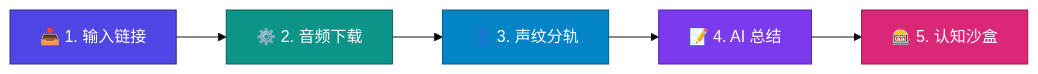
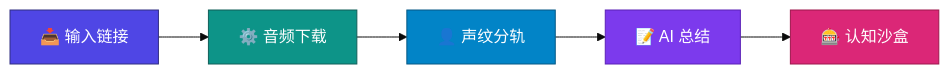
One commit to quentin2001/whisperMe changed the diagram in README.md. Above: the diagram before and after it, drawn with Mermaid (base theme). The commit also changed other lines of this file and 11 other files, not shown here.

````diff
--- a/README.md
+++ b/README.md
@@ -28,12 +130,12 @@
 ```mermaid
 graph LR
-    A[📥 1. 输入链接] --> B[⚙️ 2. 音频下载]
-    B --> C[👤 3. 声纹分轨]
-    C --> D[📝 4. AI 总结]
-    D --> E[🎰 5. 认知沙盒]
+    A["📥 输入链接"] --> B["⚙️ 音频下载"]
+    B --> C["👤 声纹分轨"]
+    C --> D["📝 AI 总结"]
+    D --> E["🎰 认知沙盒"]
     style A fill:#4F46E5,stroke:#312E81,color:#fff
     style B fill:#0D9488,stroke:#115E59,color:#fff
     style C fill:#0284C7,stroke:#075985,color:#fff
     style D fill:#7C3AED,stroke:#5B21B6,color:#fff
     style E fill:#DB2777,stroke:#9D174D,color:#fff
 ```
````
